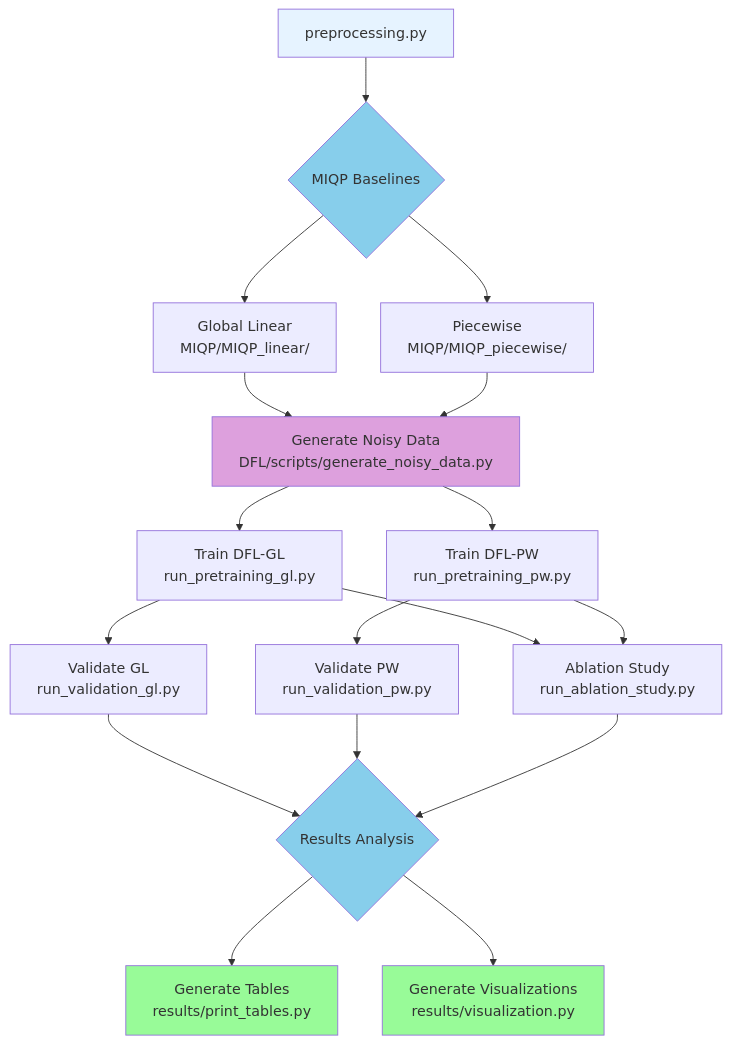
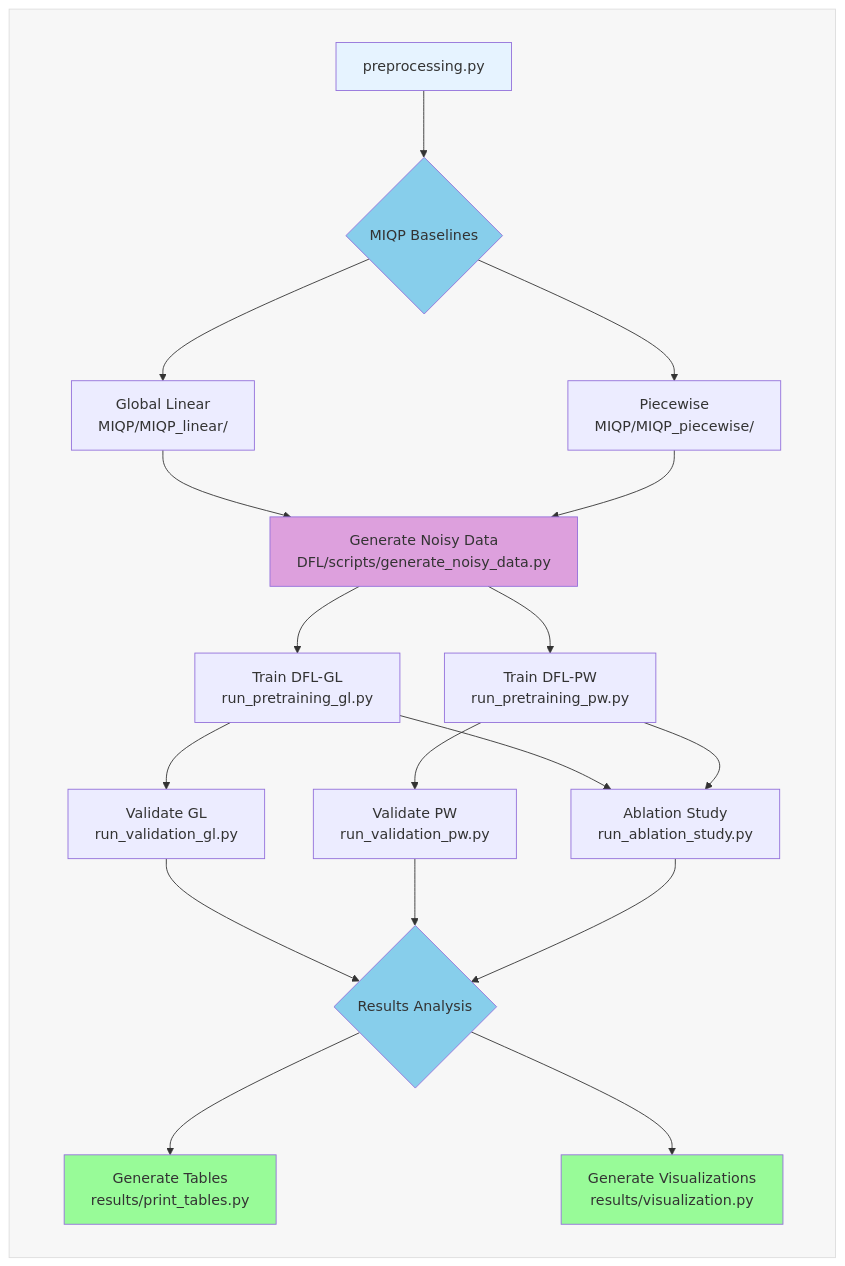
One commit to SOLARIS-JHU/DFL-UPHES changed the first of 2 diagrams in docs/README_DIAGRAM_SECTION.md. Above: the diagram before and after it, drawn with Mermaid. The commit also changed other lines of this file, not shown here.

````diff
--- a/docs/README_DIAGRAM_SECTION.md
+++ b/docs/README_DIAGRAM_SECTION.md
@@ -13,32 +13,36 @@
 ```mermaid
 flowchart TD
-    A[preprocessing.py] --> B{MIQP Baselines}
-    B --> C[Global Linear<br/>MIQP/MIQP_linear/]
-    B --> D[Piecewise<br/>MIQP/MIQP_piecewise/]
+    subgraph Canvas1[" "]
+        direction TD
+        A[preprocessing.py] --> B{MIQP Baselines}
+        B --> C[Global Linear<br/>MIQP/MIQP_linear/]
+        B --> D[Piecewise<br/>MIQP/MIQP_piecewise/]
 
-    C --> E[Generate Noisy Data<br/>DFL/scripts/generate_noisy_data.py]
-    D --> E
+        C --> E[Generate Noisy Data<br/>DFL/scripts/generate_noisy_data.py]
+        D --> E
 
-    E --> F[Train DFL-GL<br/>run_pretraining_gl.py]
-    E --> G[Train DFL-PW<br/>run_pretraining_pw.py]
+        E --> F[Train DFL-GL<br/>run_pretraining_gl.py]
+        E --> G[Train DFL-PW<br/>run_pretraining_pw.py]
 
-    F --> H[Validate GL<br/>run_validation_gl.py]
-    G --> I[Validate PW<br/>run_validation_pw.py]
+        F --> H[Validate GL<br/>run_validation_gl.py]
+        G --> I[Validate PW<br/>run_validation_pw.py]
 
-    F --> J[Ablation Study<br/>run_ablation_study.py]
-    G --> J
+        F --> J[Ablation Study<br/>run_ablation_study.py]
+        G --> J
 
-    H --> K{Results Analysis}
-    I --> K
-    J --> K
+        H --> K{Results Analysis}
+        I --> K
+        J --> K
 
-    K --> L[Generate Tables<br/>results/print_tables.py]
-    K --> M[Generate Visualizations<br/>results/visualization.py]
+        K --> L[Generate Tables<br/>results/print_tables.py]
+        K --> M[Generate Visualizations<br/>results/visualization.py]
+    end
 
+    style Canvas1 fill:#F7F7F7,stroke:#DDDDDD,stroke-width:1px
     style A fill:#E6F3FF
     style B fill:#87CEEB
     style E fill:#DDA0DD
     style K fill:#87CEEB
     style L fill:#98FB98
     style M fill:#98FB98
 ```
````
